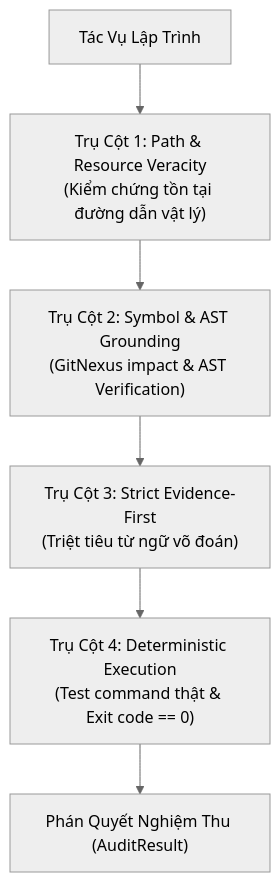
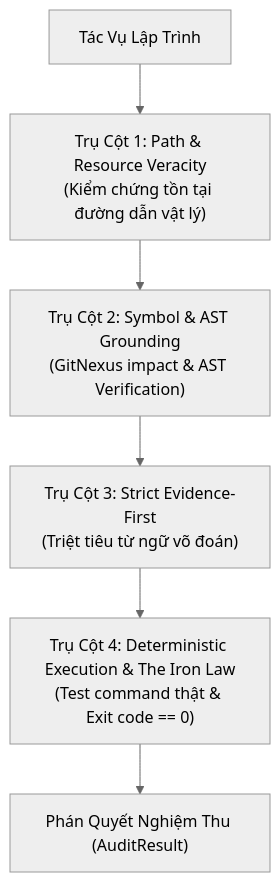
The diagram in plugins/code/skills/anti-hallucination-guard/SKILL.md (sumita-dev/Antigravity-Harness-HuB), drawn with Mermaid (neutral theme) before and after one commit. The commit also changed other lines of this file and 14 other files, not shown here.

````diff
--- a/plugins/code/skills/anti-hallucination-guard/SKILL.md
+++ b/plugins/code/skills/anti-hallucination-guard/SKILL.md
@@ -24,8 +25,8 @@
 ```mermaid
 flowchart TD
     A["Tác Vụ Lập Trình"] --> B["Trụ Cột 1: Path & Resource Veracity<br/>(Kiểm chứng tồn tại đường dẫn vật lý)"]
     B --> C["Trụ Cột 2: Symbol & AST Grounding<br/>(GitNexus impact & AST Verification)"]
     C --> D["Trụ Cột 3: Strict Evidence-First<br/>(Triệt tiêu từ ngữ võ đoán)"]
-    D --> E["Trụ Cột 4: Deterministic Execution<br/>(Test command thật & Exit code == 0)"]
+    D --> E["Trụ Cột 4: Deterministic Execution & The Iron Law<br/>(Test command thật & Exit code == 0)"]
     E --> F["Phán Quyết Nghiệm Thu (AuditResult)"]
 ```
````
